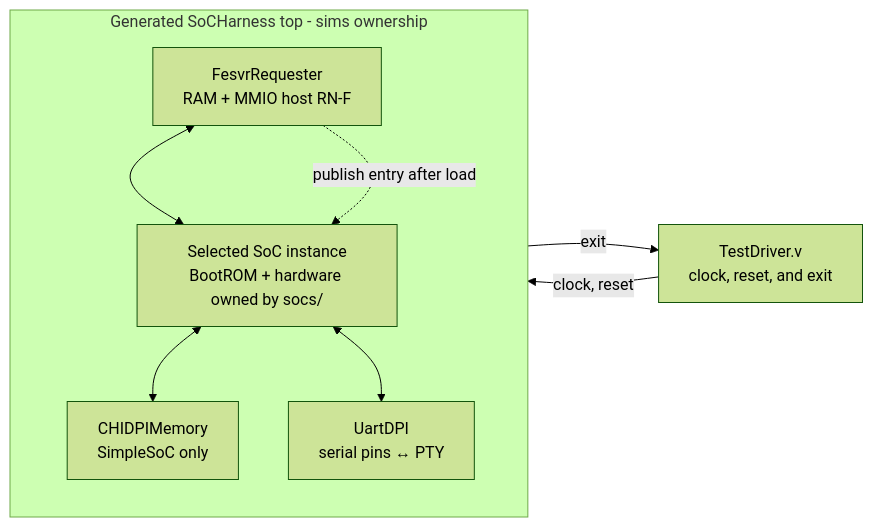
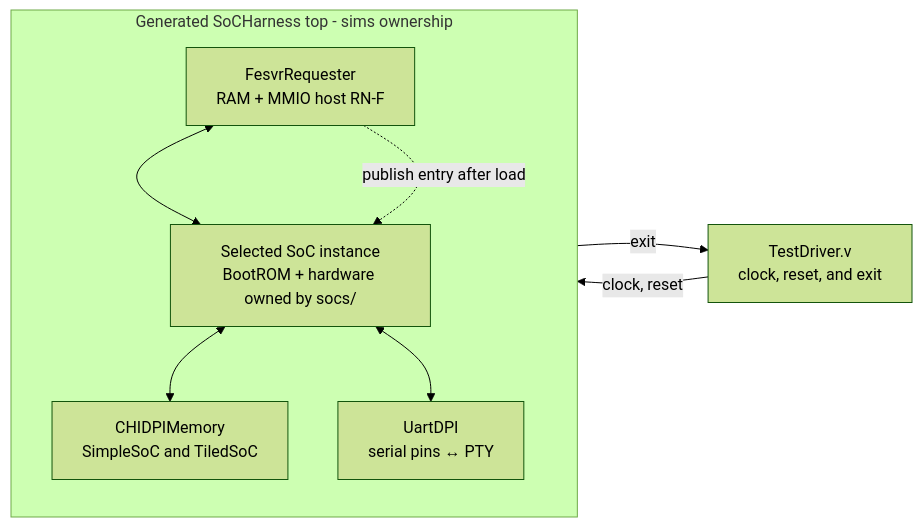
One commit to jerryz123/rhodium changed the diagram in sims/README.md. Above: the diagram before and after it, drawn with Mermaid (forest theme). The commit also changed other lines of this file and 19 other files, not shown here.

````diff
--- a/sims/README.md
+++ b/sims/README.md
@@ -30,19 +30,19 @@
 ```mermaid
 flowchart LR
   Driver["TestDriver.v<br/>clock, reset, and exit"]
 
   subgraph Harness["Generated SoCHarness top - sims ownership"]
     FESVR["FesvrRequester<br/>RAM + MMIO host RN-F"]
     SoC["Selected SoC instance<br/>BootROM + hardware owned by socs/"]
-    DPIMemory["CHIDPIMemory<br/>SimpleSoC only"]
+    DPIMemory["CHIDPIMemory<br/>SimpleSoC and TiledSoC"]
     UART["UartDPI<br/>serial pins ↔ PTY"]
 
     FESVR <--> SoC
     FESVR -.->|"publish entry after load"| SoC
     SoC <--> DPIMemory
     SoC <--> UART
   end
 
   Driver -->|"clock, reset"| Harness
   Harness -->|"exit"| Driver
 ```
````
